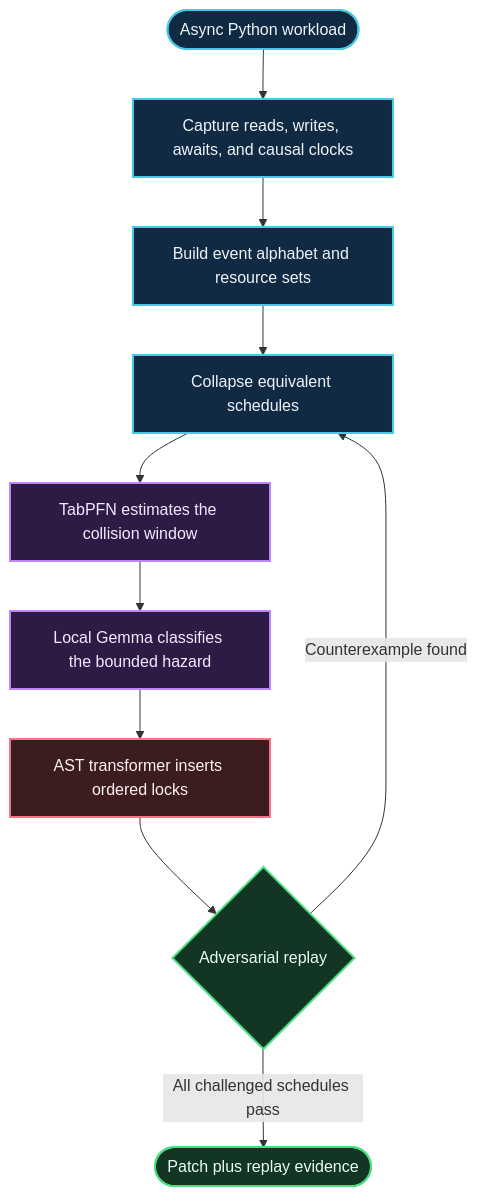
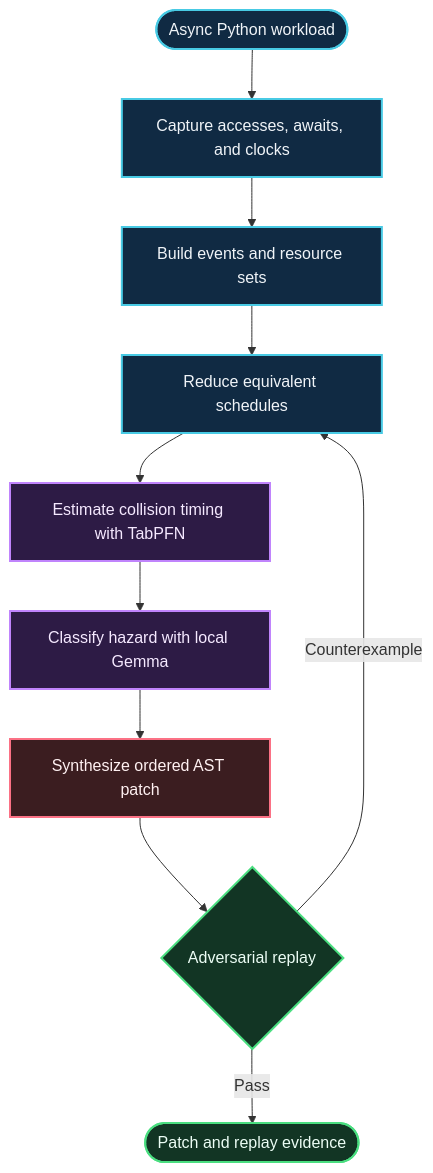
The first of 3 diagrams in README.md (smtherer/ChaosSloth), drawn with Mermaid before and after one commit. The commit also changed other lines of this file, not shown here.

````diff
--- a/README.md
+++ b/README.md
@@ -43,20 +22,20 @@
 ```mermaid
 flowchart TD
-    A([Async Python workload]) --> B[Capture reads, writes, awaits, and causal clocks]
-    B --> C[Build event alphabet and resource sets]
-    C --> D[Collapse equivalent schedules]
-    D --> E[TabPFN estimates the collision window]
-    E --> F[Local Gemma classifies the bounded hazard]
-    F --> G[AST transformer inserts ordered locks]
+    A([Async Python workload]) --> B[Capture accesses, awaits, and clocks]
+    B --> C[Build events and resource sets]
+    C --> D[Reduce equivalent schedules]
+    D --> E[Estimate collision timing with TabPFN]
+    E --> F[Classify hazard with local Gemma]
+    F --> G[Synthesize ordered AST patch]
     G --> H{Adversarial replay}
-    H -->|All challenged schedules pass| I([Patch plus replay evidence])
-    H -->|Counterexample found| D
-    classDef observe fill:#102a43,color:#f0f4f8,stroke:#48cae4,stroke-width:2px
+    H -->|Pass| I([Patch and replay evidence])
+    H -->|Counterexample| D
+    classDef capture fill:#102a43,color:#f0f4f8,stroke:#48cae4,stroke-width:2px
     classDef infer fill:#2d1b45,color:#f5e9ff,stroke:#c084fc,stroke-width:2px
     classDef patch fill:#3b1d20,color:#fff1f2,stroke:#fb7185,stroke-width:2px
     classDef verify fill:#123524,color:#ecfdf5,stroke:#4ade80,stroke-width:2px
-    class A,B,C,D observe
+    class A,B,C,D capture
     class E,F infer
     class G patch
     class H,I verify
 ```
````
